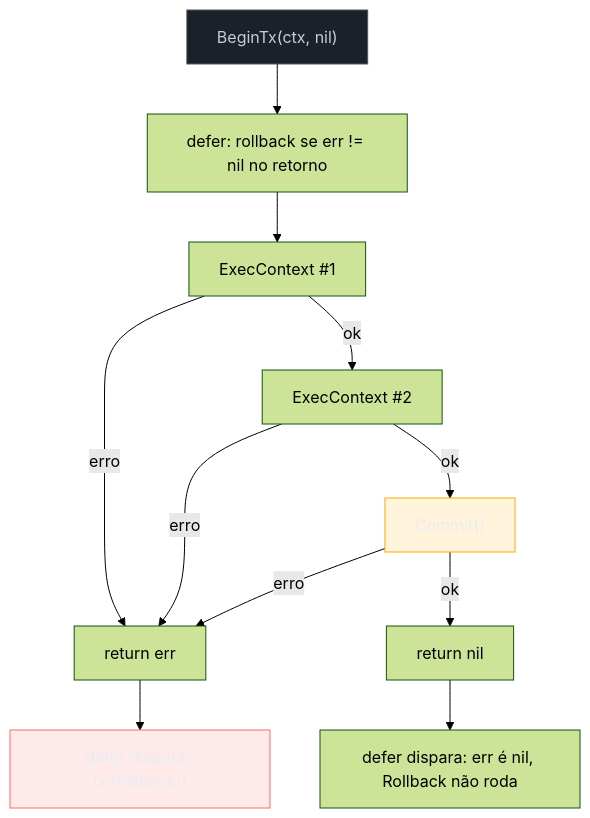
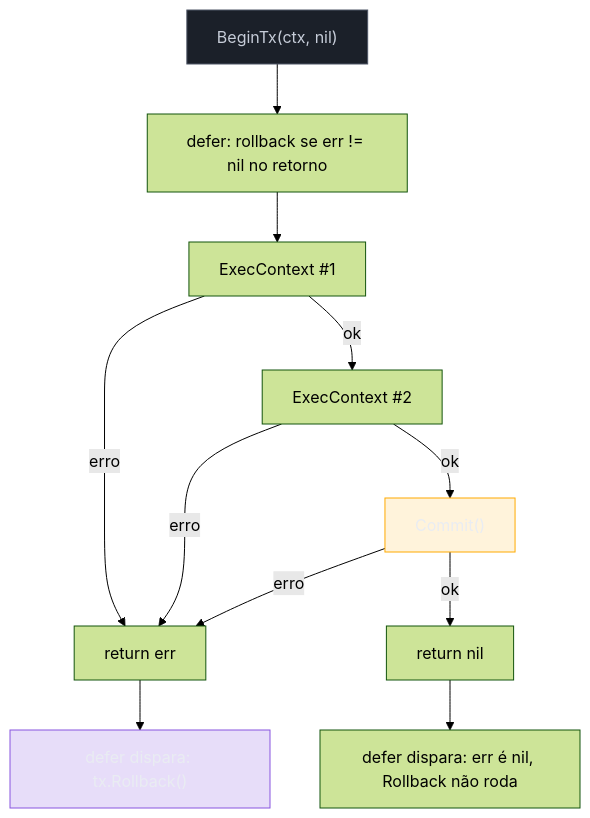
The first of 2 diagrams in 03-Dominios/Tecnologia/Go/11 - Persistência/08 - Transações e o padrão repository.md (josenaldo/codex-technomanticus), drawn with Mermaid (forest theme) before and after one commit. The commit also changed 601 other files, not shown here.

````diff
--- a/03-Dominios/Tecnologia/Go/11 - Persistência/08 - Transações e o padrão repository.md
+++ b/03-Dominios/Tecnologia/Go/11 - Persistência/08 - Transações e o padrão repository.md
@@ -107,20 +107,20 @@
 ```mermaid
 flowchart TD
+    classDef marca fill:#8855DF33,stroke:#8855DF,color:#E9ECF2
     classDef neutro fill:#1B2029,stroke:#4E5666,color:#C6CCD8
     classDef destaque fill:#FFAA0024,stroke:#FFAA00,color:#E9ECF2
-    classDef falha fill:#FF6B6B24,stroke:#FF6B6B,color:#E9ECF2
     A["BeginTx(ctx, nil)"] --> B["defer: rollback se err != nil no retorno"]
     B --> C["ExecContext #1"]
     C -->|erro| E["return err"]
     C -->|ok| D["ExecContext #2"]
     D -->|erro| E
     D -->|ok| F["Commit()"]
     F -->|erro| E
     F -->|ok| G["return nil"]
     E --> H["defer dispara: tx.Rollback()"]
     G --> I["defer dispara: err é nil, Rollback não roda"]
 
     class A neutro
     class F destaque
-    class H falha
+    class H marca
 ```
````
